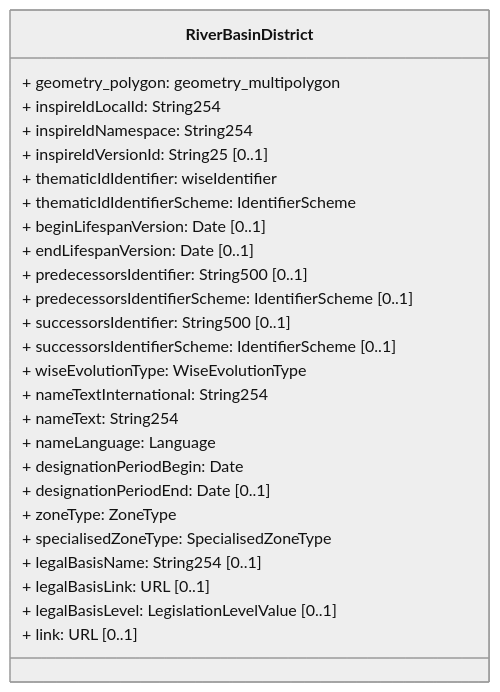
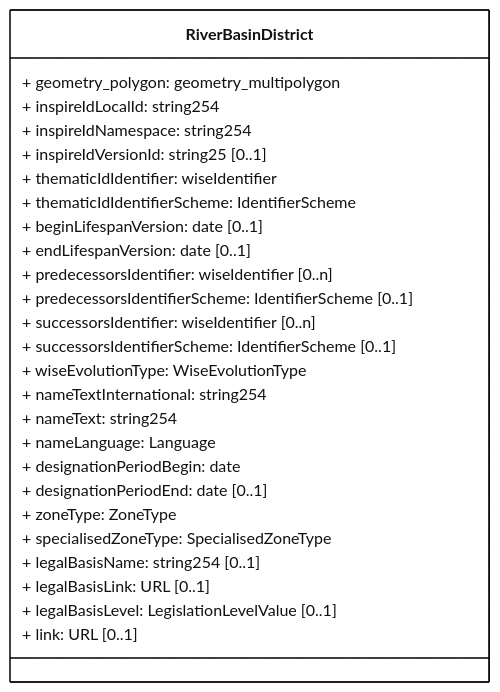
One commit to eeadata/WISE.WFD.Documentation changed the diagram in docs/DataModelReview/mmd/Spatial_4thCycle_RiverBasinDistrict.mmd. Above: the diagram before and after it, drawn with Mermaid. The commit also changed 25 other files, not shown here.

```diff
--- a/docs/DataModelReview/mmd/Spatial_4thCycle_RiverBasinDistrict.mmd
+++ b/docs/DataModelReview/mmd/Spatial_4thCycle_RiverBasinDistrict.mmd
@@ -1,35 +1,38 @@
 ---
 config:
   class:
     hideEmptyMembersBox: true
   layout: dagre
   theme: neutral
 ---
 classDiagram
 direction LR
 class RiverBasinDistrict {
-+ geometry_polygon: geometry_multipolygon
-+ inspireIdLocalId: String254
-+ inspireIdNamespace: String254
-+ inspireIdVersionId: String25 [0..1]
-+ thematicIdIdentifier: wiseIdentifier
-+ thematicIdIdentifierScheme: IdentifierScheme
-+ beginLifespanVersion: Date [0..1]
-+ endLifespanVersion: Date [0..1]
-+ predecessorsIdentifier: String500 [0..1]
-+ predecessorsIdentifierScheme: IdentifierScheme [0..1]
-+ successorsIdentifier: String500 [0..1]
-+ successorsIdentifierScheme: IdentifierScheme [0..1]
-+ wiseEvolutionType: WiseEvolutionType
-+ nameTextInternational: String254
-+ nameText: String254
-+ nameLanguage: Language
-+ designationPeriodBegin: Date
-+ designationPeriodEnd: Date [0..1]
-+ zoneType: ZoneType
-+ specialisedZoneType: SpecialisedZoneType
-+ legalBasisName: String254 [0..1]
-+ legalBasisLink: URL [0..1]
-+ legalBasisLevel: LegislationLevelValue [0..1]
-+ link: URL [0..1]
+  + geometry_polygon: geometry_multipolygon
+  + inspireIdLocalId: string254
+  + inspireIdNamespace: string254
+  + inspireIdVersionId: string25 [0..1]
+  + thematicIdIdentifier: wiseIdentifier
+  + thematicIdIdentifierScheme: IdentifierScheme
+  + beginLifespanVersion: date [0..1]
+  + endLifespanVersion: date [0..1]
+  + predecessorsIdentifier: wiseIdentifier [0..n]
+  + predecessorsIdentifierScheme: IdentifierScheme [0..1]
+  + successorsIdentifier: wiseIdentifier [0..n]
+  + successorsIdentifierScheme: IdentifierScheme [0..1]
+  + wiseEvolutionType: WiseEvolutionType
+  + nameTextInternational: string254
+  + nameText: string254
+  + nameLanguage: Language
+  + designationPeriodBegin: date
+  + designationPeriodEnd: date [0..1]
+  + zoneType: ZoneType
+  + specialisedZoneType: SpecialisedZoneType
+  + legalBasisName: string254 [0..1]
+  + legalBasisLink: URL [0..1]
+  + legalBasisLevel: LegislationLevelValue [0..1]
+  + link: URL [0..1]
 }
+
+classDef default fill:white,stroke:#000;
+classDef forFixing fill:white,stroke:#f00;
```
